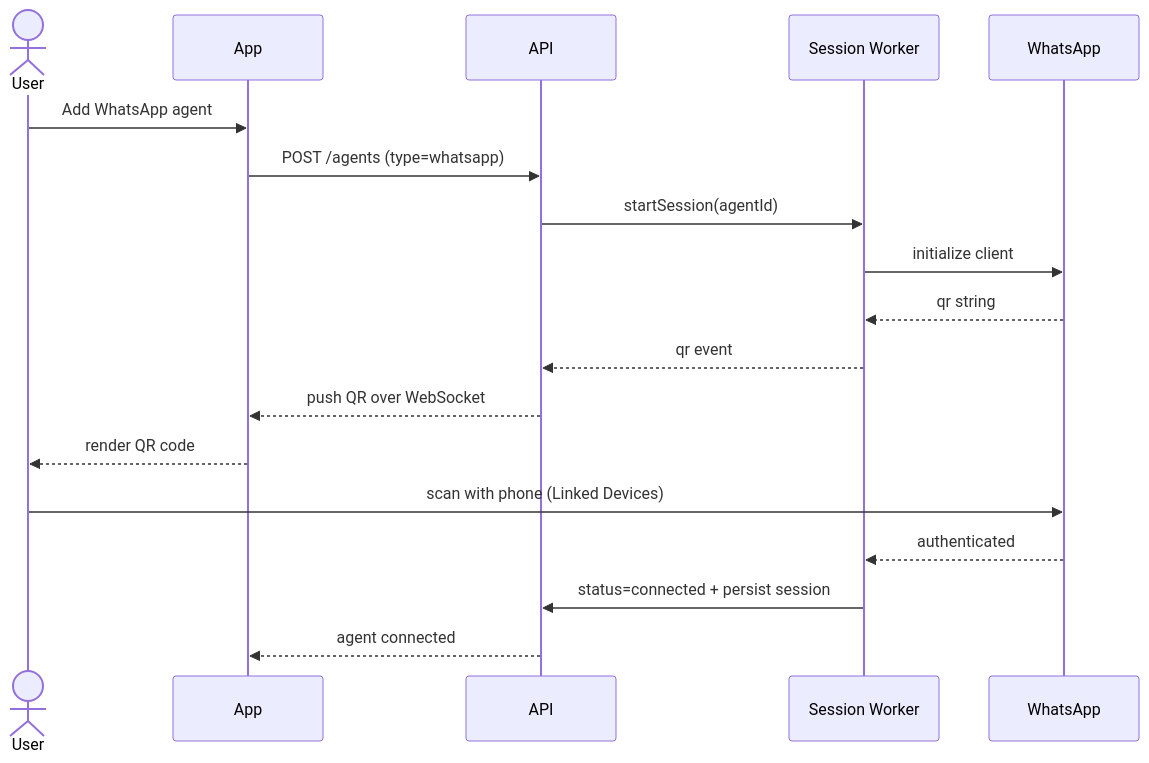
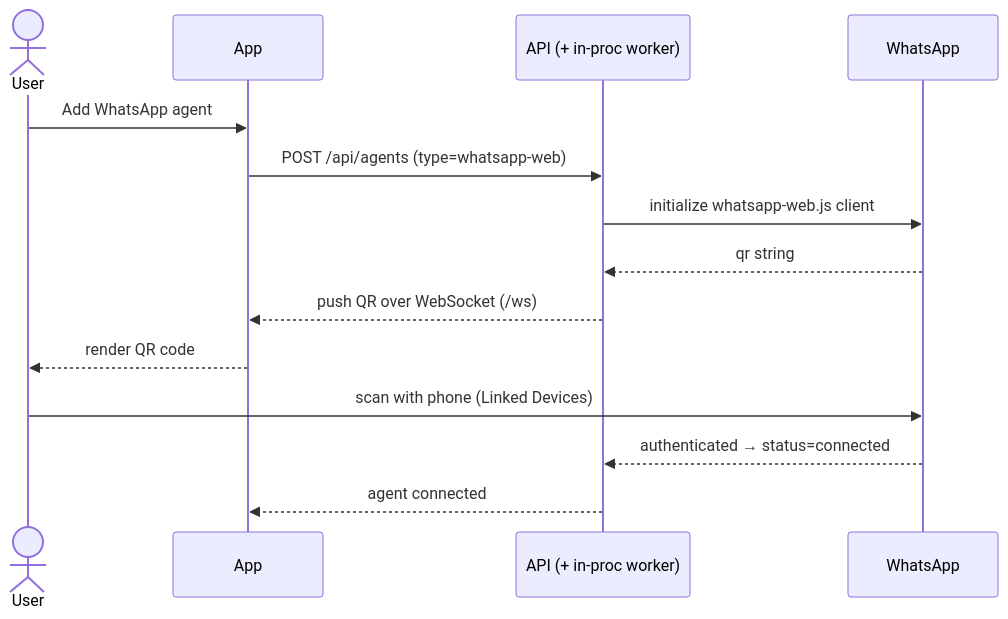
The second of 3 diagrams in docs/ARCHITECTURE.md (vvelisoju/agents-app), drawn with Mermaid before and after one commit. The commit also changed other lines of this file and 14 other files, not shown here.

````diff
--- a/docs/ARCHITECTURE.md
+++ b/docs/ARCHITECTURE.md
@@ -42,20 +53,16 @@
 ```mermaid
 sequenceDiagram
   actor U as User
   participant APP as App
-  participant API as API
-  participant WSW as Session Worker
+  participant API as API (+ in-proc worker)
   participant WA as WhatsApp
   U->>APP: Add WhatsApp agent
-  APP->>API: POST /agents (type=whatsapp)
-  API->>WSW: startSession(agentId)
-  WSW->>WA: initialize client
-  WA-->>WSW: qr string
-  WSW-->>API: qr event
-  API-->>APP: push QR over WebSocket
+  APP->>API: POST /api/agents (type=whatsapp-web)
+  API->>WA: initialize whatsapp-web.js client
+  WA-->>API: qr string
+  API-->>APP: push QR over WebSocket (/ws)
   APP-->>U: render QR code
   U->>WA: scan with phone (Linked Devices)
-  WA-->>WSW: authenticated
-  WSW->>API: status=connected + persist session
+  WA-->>API: authenticated → status=connected
   API-->>APP: agent connected
 ```
````
